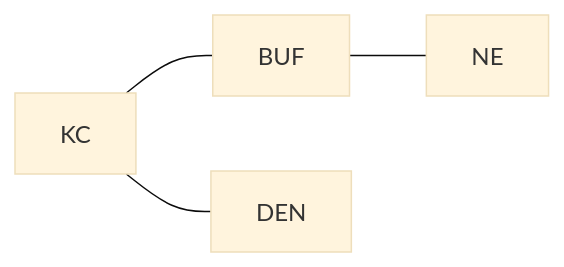
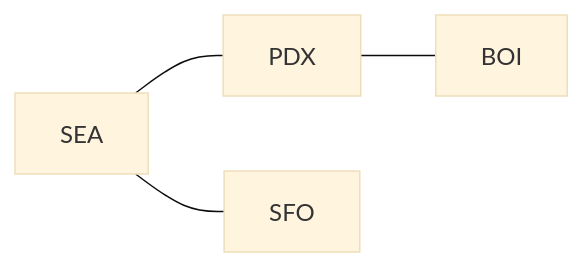
Before and after one commit to qgjones9/python-programming-guide: the first of 6 diagrams in docs/dsa/data-structures/graphs/index.md, drawn with Mermaid (base theme). The commit also changed other lines of this file and 29 other files, not shown here.

````diff
--- a/docs/dsa/data-structures/graphs/index.md
+++ b/docs/dsa/data-structures/graphs/index.md
@@ -31,6 +31,6 @@
 ```mermaid
 flowchart LR
-  KC["KC"] --- BUF["BUF"]
-  KC --- DEN["DEN"]
-  BUF --- NE["NE"]
+  SEA["SEA"] --- PDX["PDX"]
+  SEA --- SFO["SFO"]
+  PDX --- BOI["BOI"]
 ```
````
